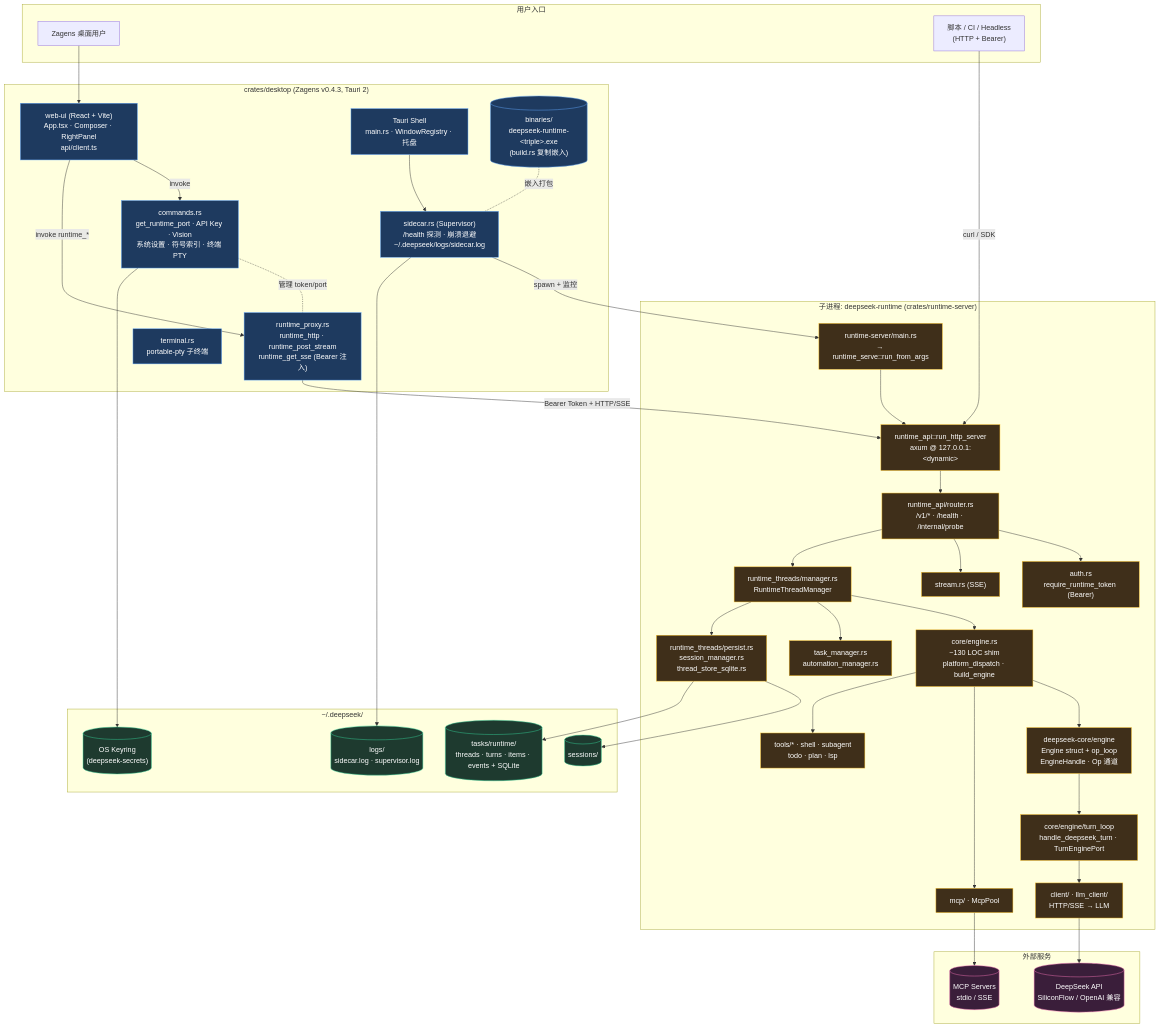
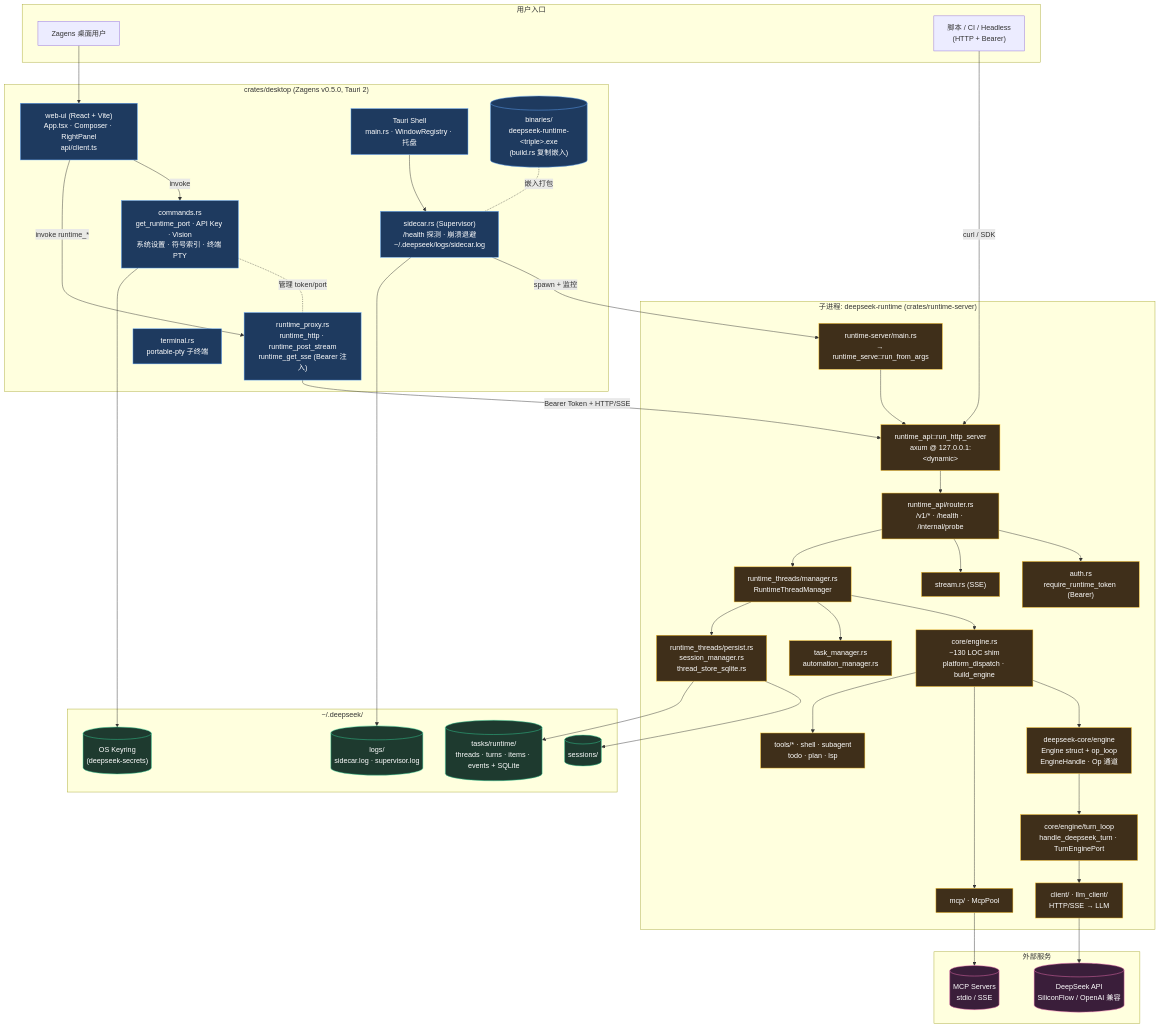
One commit to didclawapp-ai/zagens changed the first of 5 diagrams in docs/tech/RUNTIME_ARCHITECTURE.md. Above: the diagram before and after it, drawn with Mermaid. The commit also changed other lines of this file and 11 other files, not shown here.

First line of the commit message:
release(zagens): v0.5.0 architecture upgrade and multi-window fix

```diff
--- a/docs/tech/RUNTIME_ARCHITECTURE.md
+++ b/docs/tech/RUNTIME_ARCHITECTURE.md
@@ -34,7 +34,7 @@
         U3["脚本 / CI / Headless<br/>(HTTP + Bearer)"]
     end
 
-    subgraph desktop_pkg["crates/desktop  (Zagens v0.4.3, Tauri 2)"]
+    subgraph desktop_pkg["crates/desktop  (Zagens v0.5.0, Tauri 2)"]
         WEB["web-ui (React + Vite)<br/>App.tsx · Composer · RightPanel<br/>api/client.ts"]
         TAURI["Tauri Shell<br/>main.rs · WindowRegistry · 托盘"]
         CMDS["commands.rs<br/>get_runtime_port · API Key · Vision<br/>系统设置 · 符号索引 · 终端 PTY"]
```
